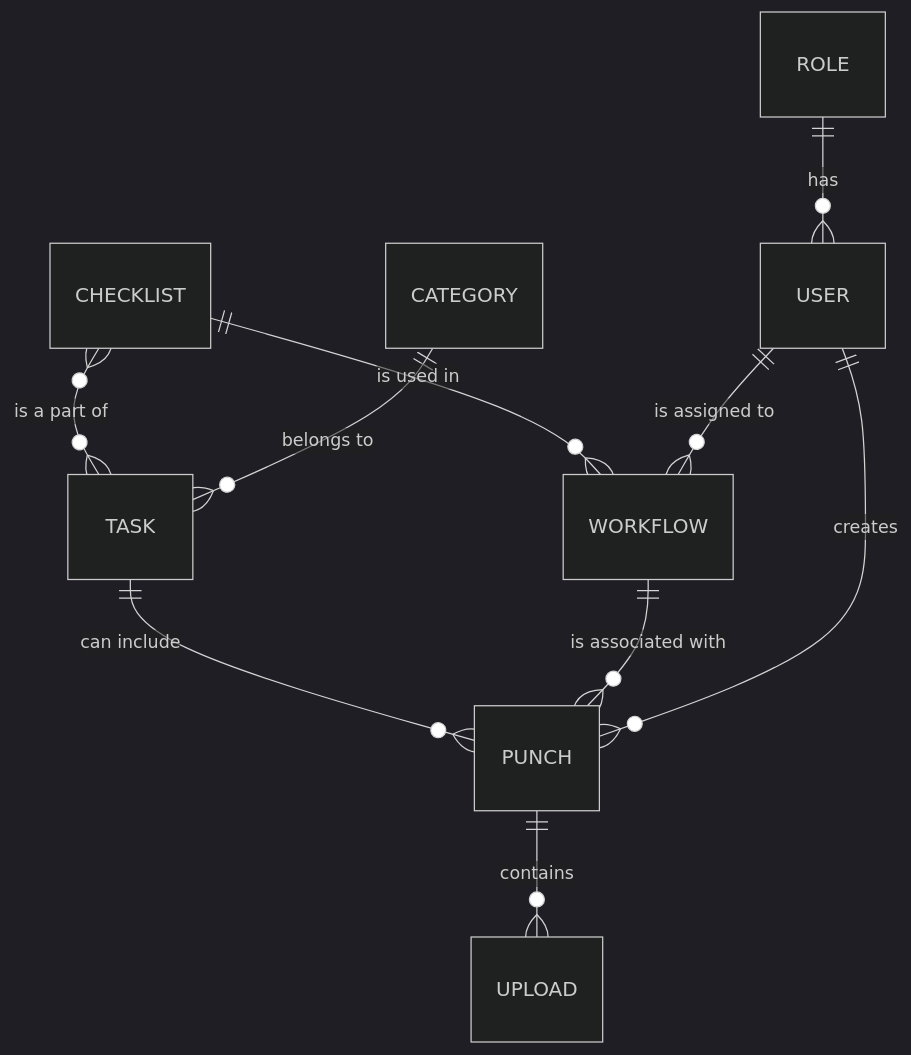
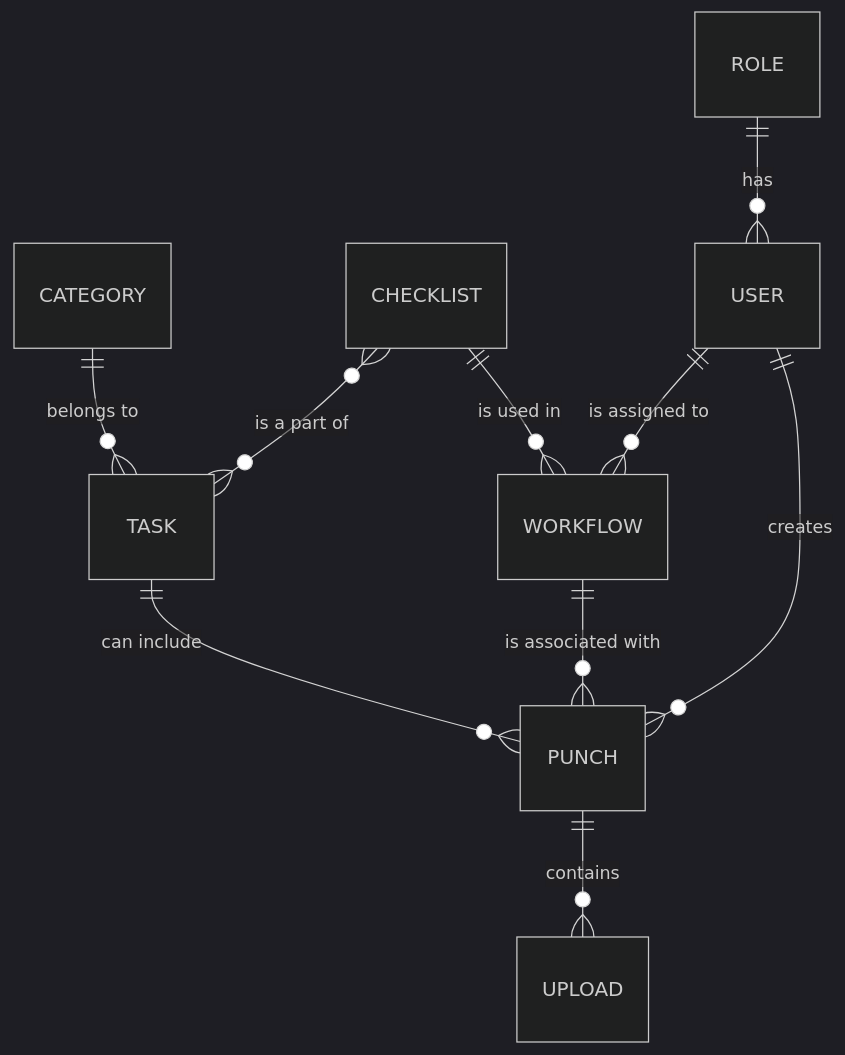
The diagram in README.md (OptiCorp/turbin-sikker-api), drawn with Mermaid (dark theme) before and after one commit. The commit also changed other lines of this file, not shown here.

````diff
--- a/README.md
+++ b/README.md
@@ -5,12 +5,12 @@
 ```mermaid
     erDiagram
+        CATEGORY ||--o{ TASK : "belongs to"
         CHECKLIST }o--o{ TASK : "is a part of"
-        CATEGORY ||--o{ TASK : "belongs to"
+        CHECKLIST ||--o{ WORKFLOW : "is used in"
         TASK ||--o{ PUNCH : "can include"
         WORKFLOW ||--o{ PUNCH : "is associated with"
         USER ||--o{ PUNCH : "creates"
+        USER ||--o{ WORKFLOW : "is assigned to"
         PUNCH ||--o{ UPLOAD : "contains"
         ROLE ||--o{ USER : "has"
-        CHECKLIST ||--o{ WORKFLOW : "is used in"
-        USER ||--o{ WORKFLOW : "is assigned to"
 ```
````
